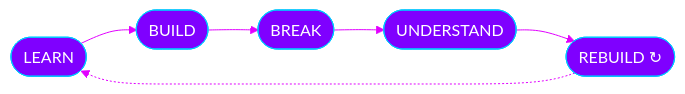
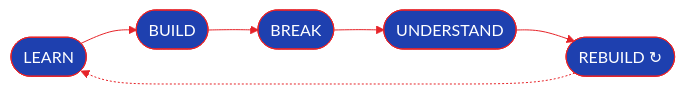
Before and after one commit to mxnpreet7/mxnpreet7: the second of 2 diagrams in README.md, drawn with Mermaid. The commit also changed other lines of this file, not shown here.

````diff
--- a/README.md
+++ b/README.md
@@ -261,6 +253,6 @@
 ```mermaid
-%%{init: {'theme':'base','themeVariables':{'primaryColor':'#7F00FF','primaryTextColor':'#ffffff','primaryBorderColor':'#00C6FF','lineColor':'#E100FF','fontFamily':'monospace'}}}%%
+%%{init: {'theme':'base','themeVariables':{'primaryColor':'#1E40AF','primaryTextColor':'#ffffff','primaryBorderColor':'#E62429','lineColor':'#E62429','fontFamily':'monospace'}}}%%
 flowchart LR
     L([LEARN]) --> B([BUILD]) --> K([BREAK]) --> U([UNDERSTAND]) --> R([REBUILD ↻])
     R -.-> L
 ```
````
